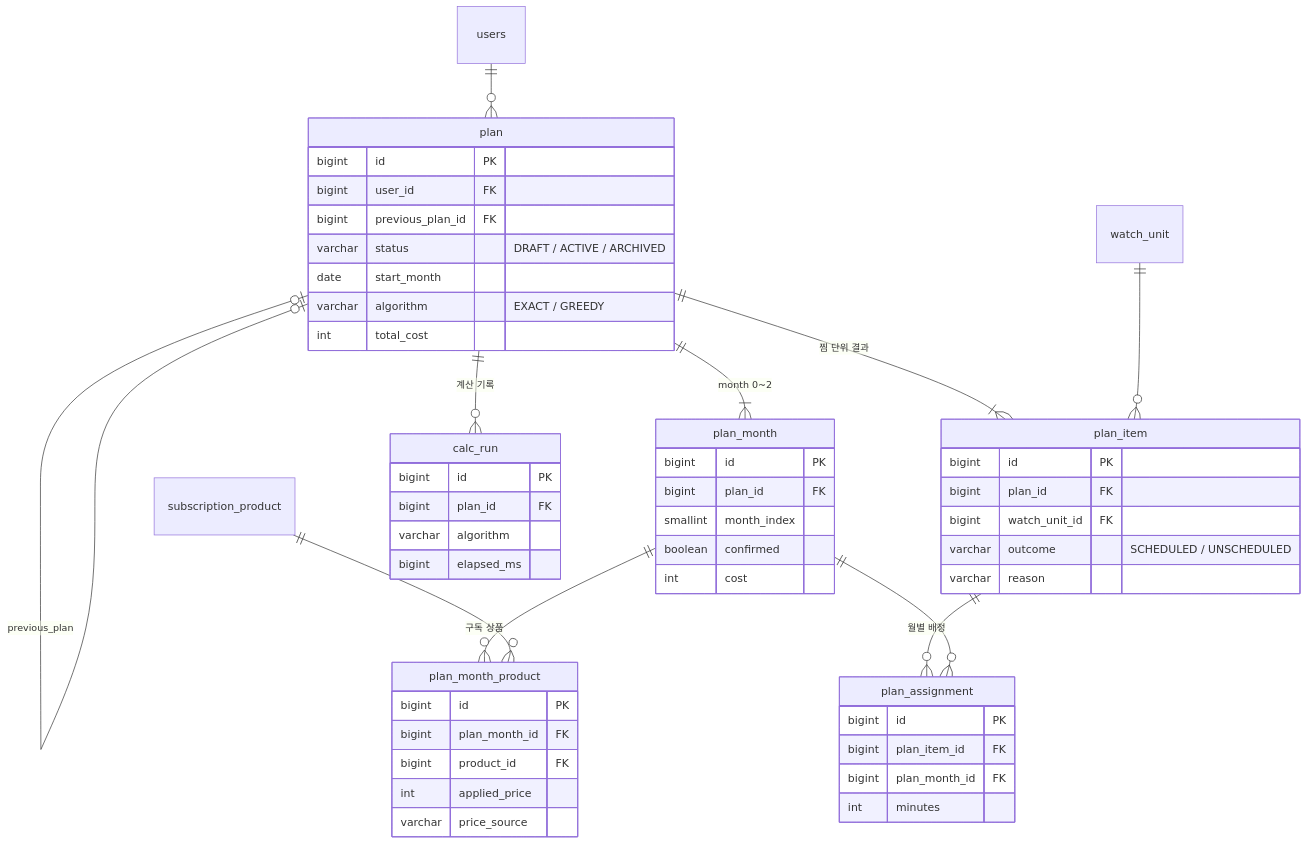
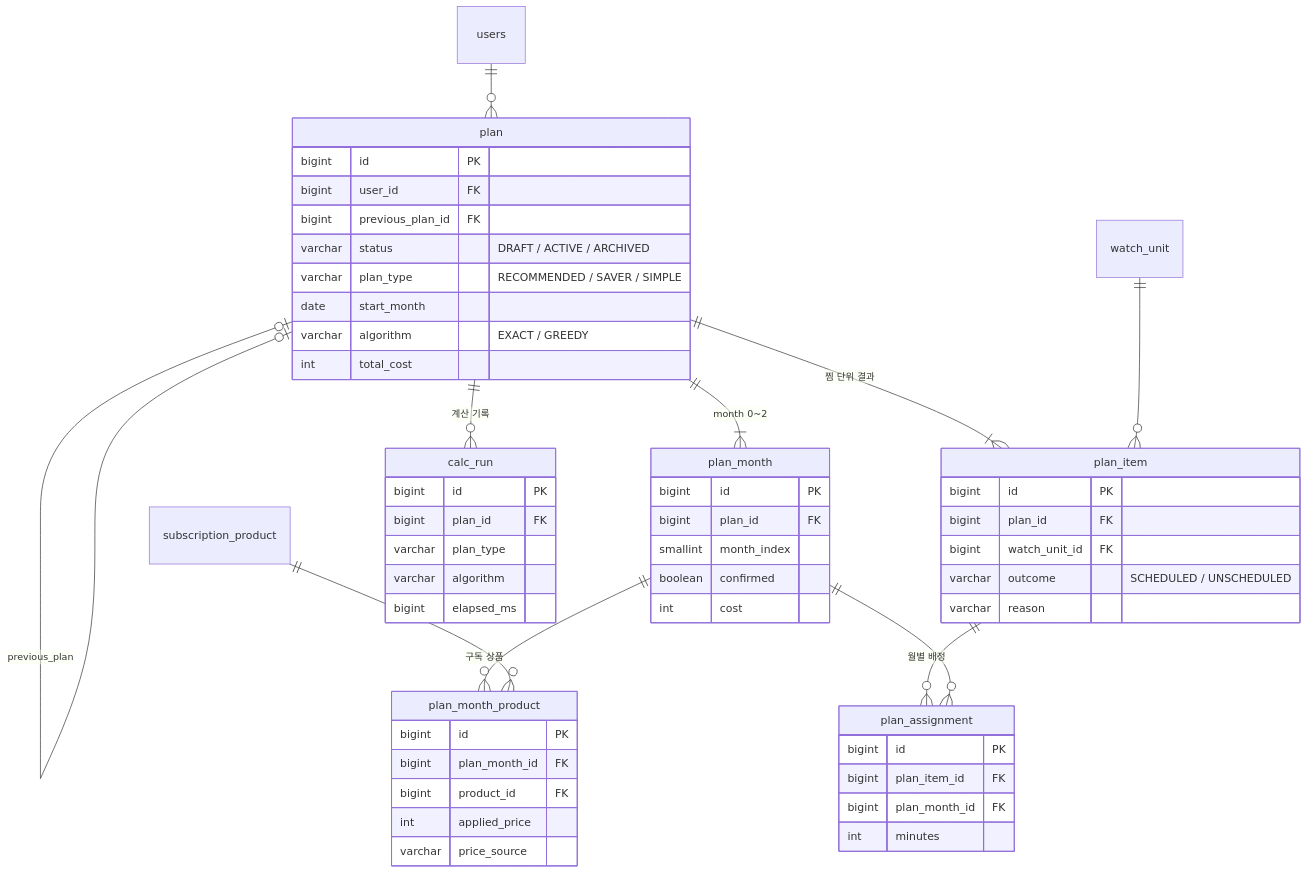
The fifth of 5 diagrams in docs/ERD.md (msw-Hub/ottnavi), drawn with Mermaid before and after one commit. The commit also changed other lines of this file and 5 other files, not shown here.

````diff
--- a/docs/ERD.md
+++ b/docs/ERD.md
@@ -303,55 +303,57 @@
 ```mermaid
 erDiagram
   users ||--o{ plan : ""
   plan |o--o| plan : "previous_plan"
   plan ||--|{ plan_month : "month 0~2"
   plan ||--|{ plan_item : "찜 단위 결과"
   plan_month ||--o{ plan_month_product : "구독 상품"
   subscription_product ||--o{ plan_month_product : ""
   plan_item ||--o{ plan_assignment : "월별 배정"
   plan_month ||--o{ plan_assignment : ""
   watch_unit ||--o{ plan_item : ""
   plan ||--o{ calc_run : "계산 기록"
   plan {
     bigint id PK
     bigint user_id FK
     bigint previous_plan_id FK
     varchar status "DRAFT / ACTIVE / ARCHIVED"
+    varchar plan_type "RECOMMENDED / SAVER / SIMPLE"
     date start_month
     varchar algorithm "EXACT / GREEDY"
     int total_cost
   }
   plan_month {
     bigint id PK
     bigint plan_id FK
     smallint month_index
     boolean confirmed
     int cost
   }
   plan_month_product {
     bigint id PK
     bigint plan_month_id FK
     bigint product_id FK
     int applied_price
     varchar price_source
   }
   plan_item {
     bigint id PK
     bigint plan_id FK
     bigint watch_unit_id FK
     varchar outcome "SCHEDULED / UNSCHEDULED"
     varchar reason
   }
   plan_assignment {
     bigint id PK
     bigint plan_item_id FK
     bigint plan_month_id FK
     int minutes
   }
   calc_run {
     bigint id PK
     bigint plan_id FK
+    varchar plan_type
     varchar algorithm
     bigint elapsed_ms
   }
 ```
````
